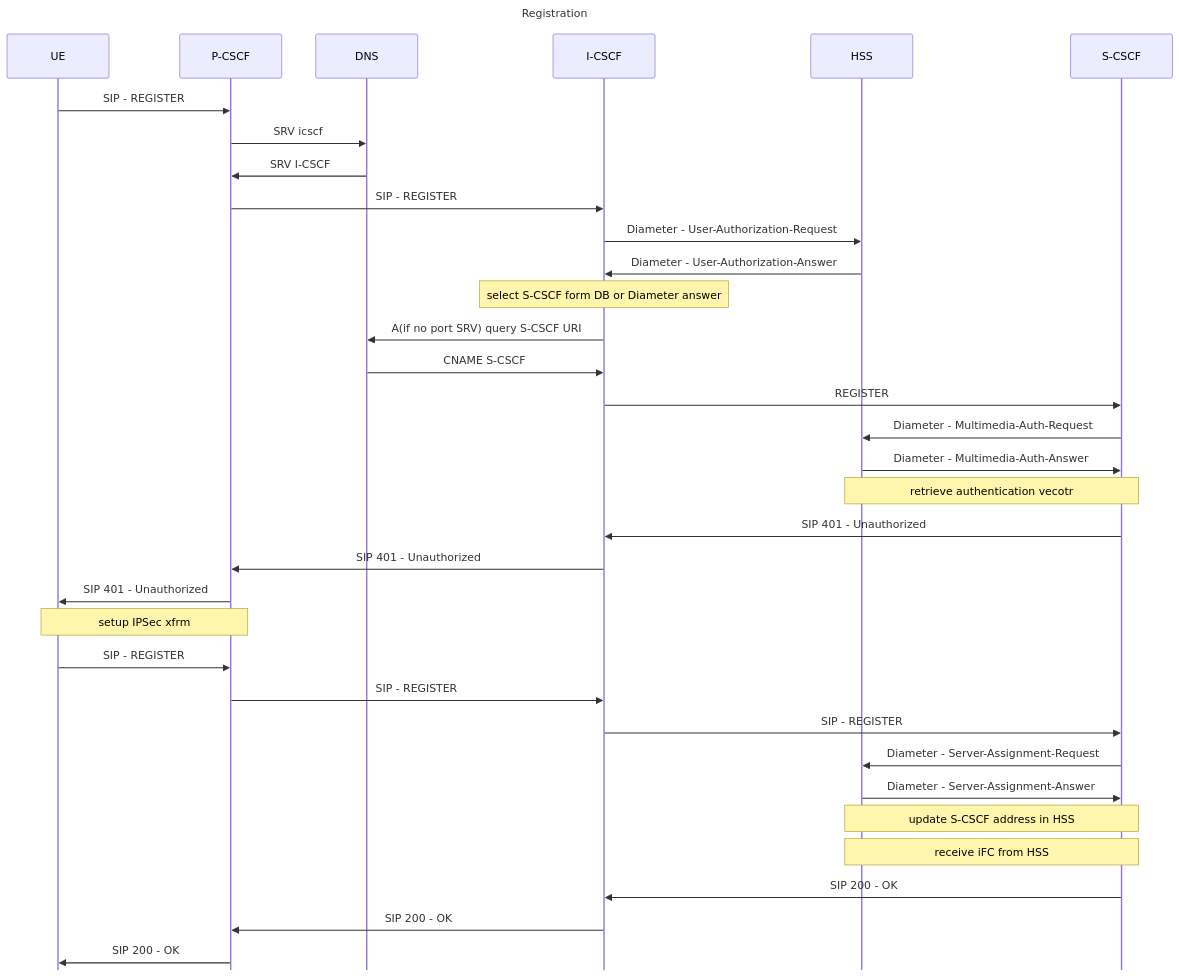
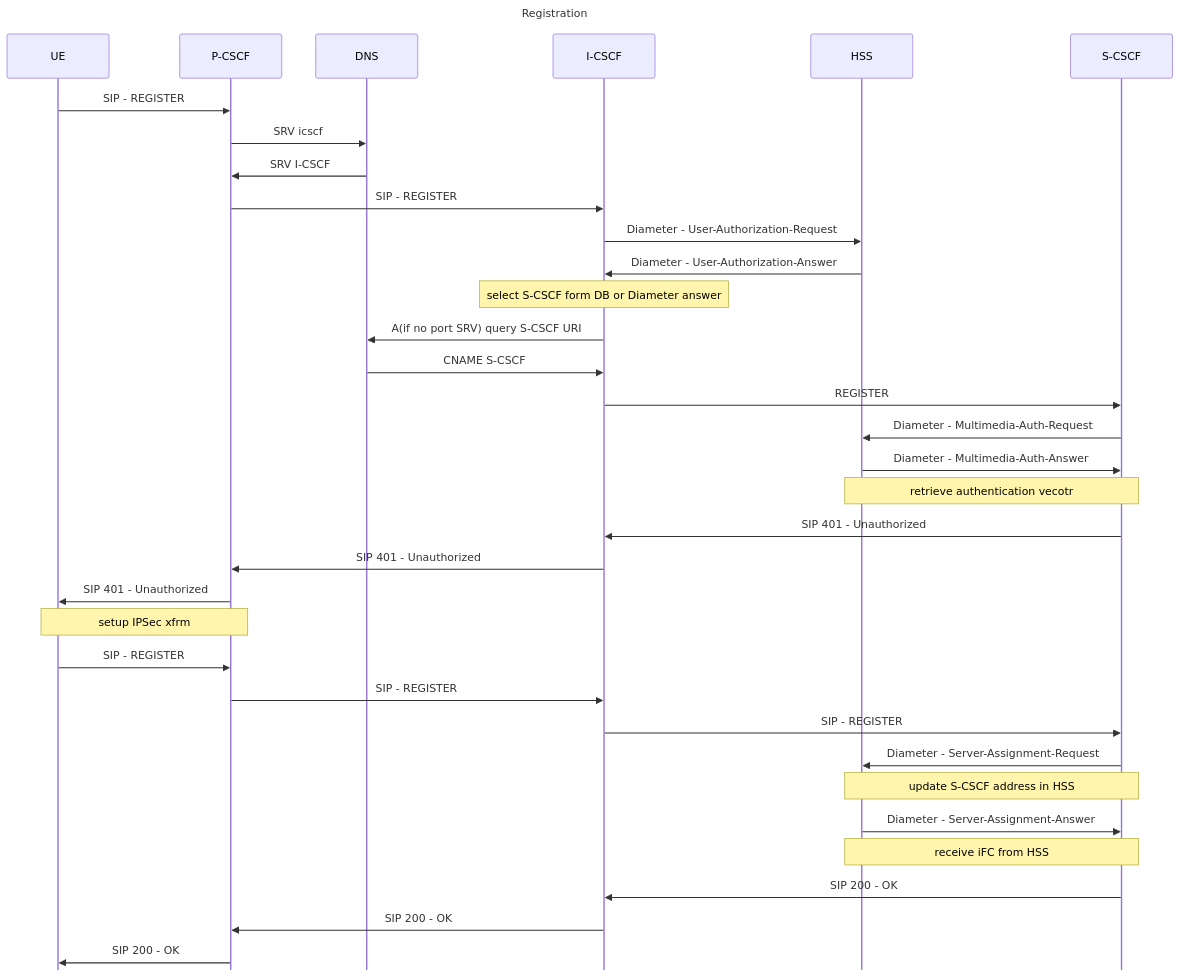
The first of 5 diagrams in doc/registration.md (lyatanski/ims), drawn with Mermaid before and after one commit. The commit also changed other lines of this file, not shown here.

Commit message:
improve diagram organization

````diff
--- a/doc/registration.md
+++ b/doc/registration.md
@@ -1,35 +1,35 @@
 ```mermaid
 ---
 title: Registration
 config:
   mirrorActors: false
 ---
 sequenceDiagram
     UE->>P-CSCF: SIP - REGISTER
     P-CSCF->>DNS: SRV icscf
     DNS->>P-CSCF: SRV I-CSCF
     P-CSCF->>I-CSCF: SIP - REGISTER
     I-CSCF->>HSS: Diameter - User-Authorization-Request
     HSS->>I-CSCF: Diameter - User-Authorization-Answer
     Note over I-CSCF: select S-CSCF form DB or Diameter answer
     I-CSCF->>DNS: A(if no port SRV) query S-CSCF URI
     DNS->>I-CSCF: CNAME S-CSCF
     I-CSCF->>S-CSCF: REGISTER
     S-CSCF->>HSS: Diameter - Multimedia-Auth-Request
     HSS->>S-CSCF: Diameter - Multimedia-Auth-Answer
     Note over S-CSCF,HSS: retrieve authentication vecotr
     S-CSCF->>I-CSCF: SIP 401 - Unauthorized
     I-CSCF->>P-CSCF: SIP 401 - Unauthorized
     P-CSCF->>UE: SIP 401 - Unauthorized
     Note over UE,P-CSCF: setup IPSec xfrm
     UE->>P-CSCF: SIP - REGISTER
     P-CSCF->>I-CSCF: SIP - REGISTER
     I-CSCF->>S-CSCF: SIP - REGISTER
     S-CSCF->>HSS: Diameter - Server-Assignment-Request
+    Note over S-CSCF,HSS: update S-CSCF address in HSS
     HSS->>S-CSCF: Diameter - Server-Assignment-Answer
-    Note over S-CSCF,HSS: update S-CSCF address in HSS
     Note over S-CSCF,HSS: receive iFC from HSS
     S-CSCF->>I-CSCF: SIP 200 - OK
     I-CSCF->>P-CSCF: SIP 200 - OK
     P-CSCF->>UE: SIP 200 - OK
 ```
````
